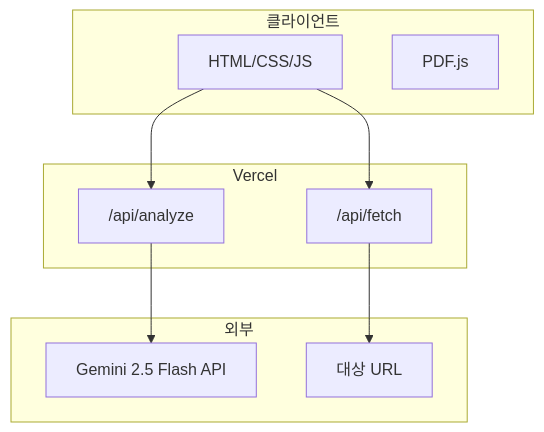
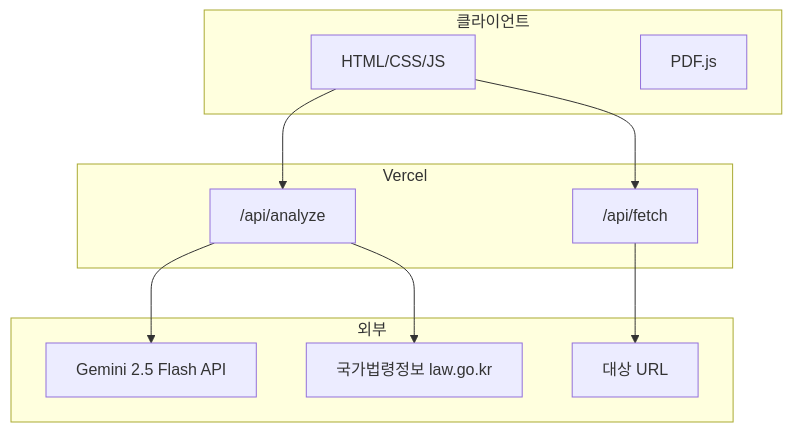
Before and after one commit to zziyoonii/lawform: the second of 2 diagrams in docs/PROJECT_BRIEF.md, drawn with Mermaid. The commit also changed other lines of this file and 7 other files, not shown here.

````diff
--- a/docs/PROJECT_BRIEF.md
+++ b/docs/PROJECT_BRIEF.md
@@ -72,22 +72,24 @@
 ```mermaid
 flowchart TB
     subgraph Client [클라이언트]
         HTML[HTML/CSS/JS]
         PDFjs[PDF.js]
     end
     
     subgraph Vercel [Vercel]
         API1["/api/fetch"]
         API2["/api/analyze"]
     end
     
     subgraph External [외부]
         Gemini[Gemini 2.5 Flash API]
+        LawAPI[국가법령정보 law.go.kr]
         Target[대상 URL]
     end
     
     HTML --> API1
     HTML --> API2
     API1 --> Target
     API2 --> Gemini
+    API2 --> LawAPI
 ```
````
